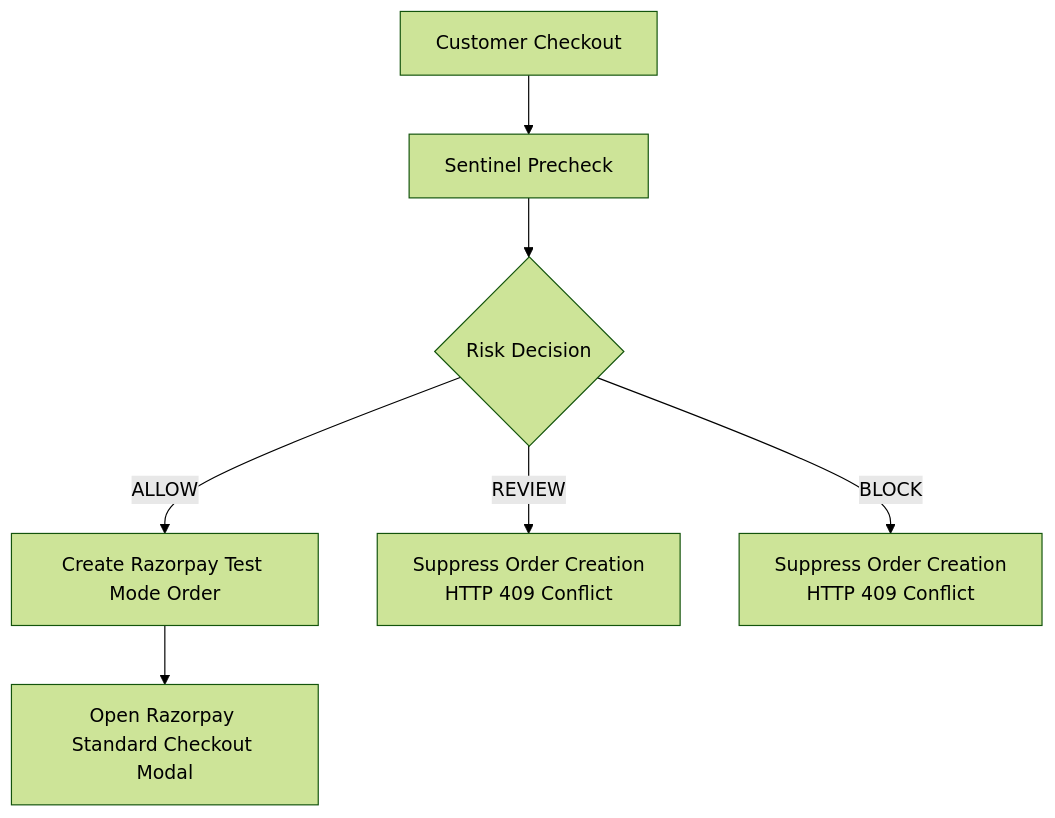
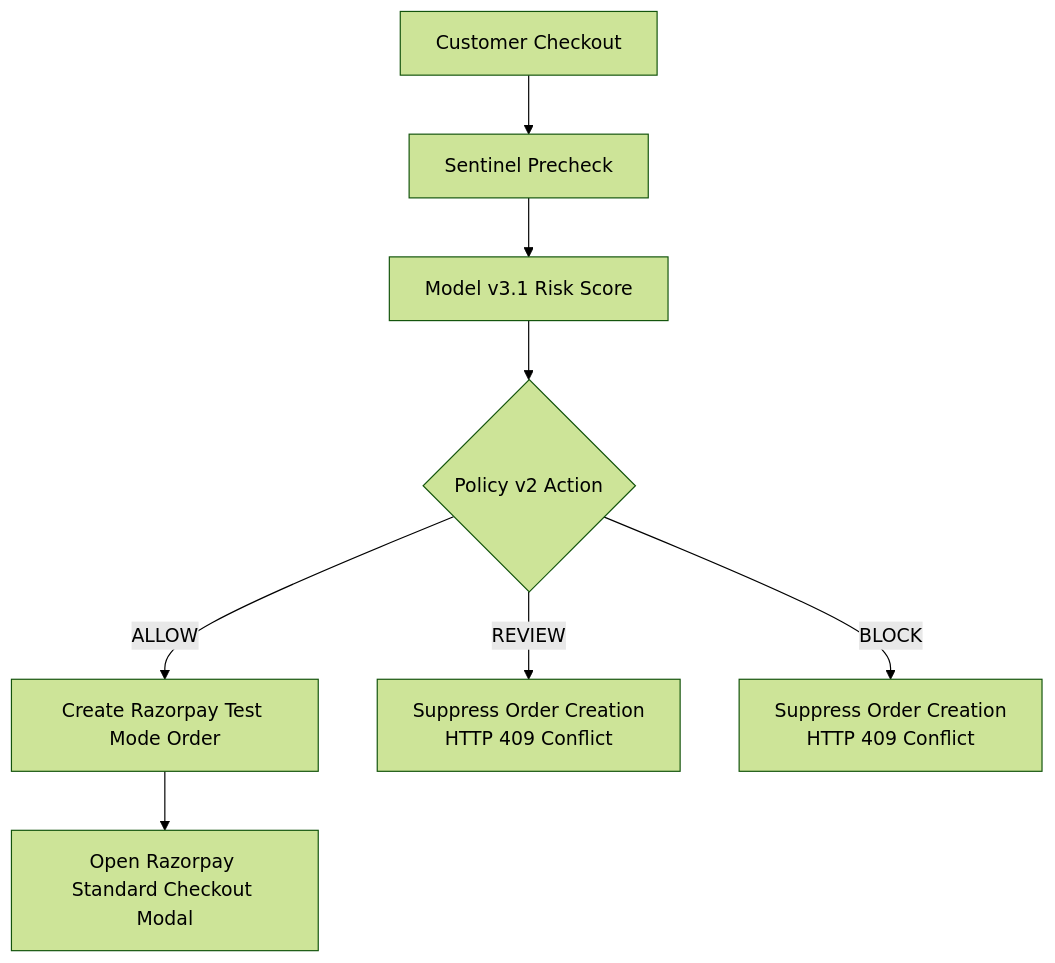
Before and after one commit to nirajj12/Card-Testing-Sentinel: the first of 2 diagrams in README.md, drawn with Mermaid (forest theme). The commit also changed other lines of this file and 4 other files, not shown here.

````diff
--- a/README.md
+++ b/README.md
@@ -107,9 +119,10 @@
 ```mermaid
 flowchart TD
     A[Customer Checkout] --> B[Sentinel Precheck]
-    B --> C{Risk Decision}
+    B --> B2[Model v3.1 Risk Score]
+    B2 --> C{Policy v2 Action}
     C -->|ALLOW| D[Create Razorpay Test Mode Order]
     C -->|REVIEW| E[Suppress Order Creation<br/>HTTP 409 Conflict]
     C -->|BLOCK| F[Suppress Order Creation<br/>HTTP 409 Conflict]
     D --> G[Open Razorpay Standard Checkout Modal]
 ```
````
